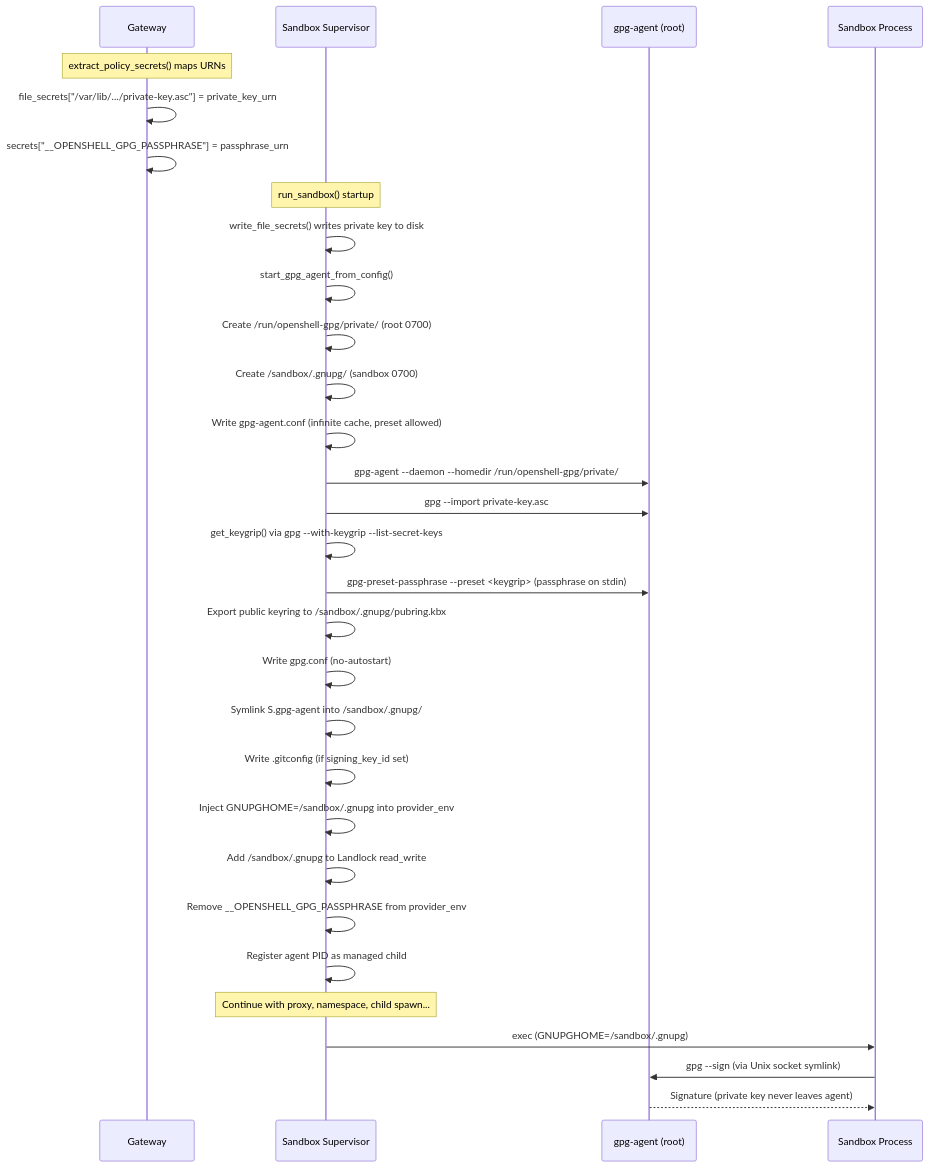
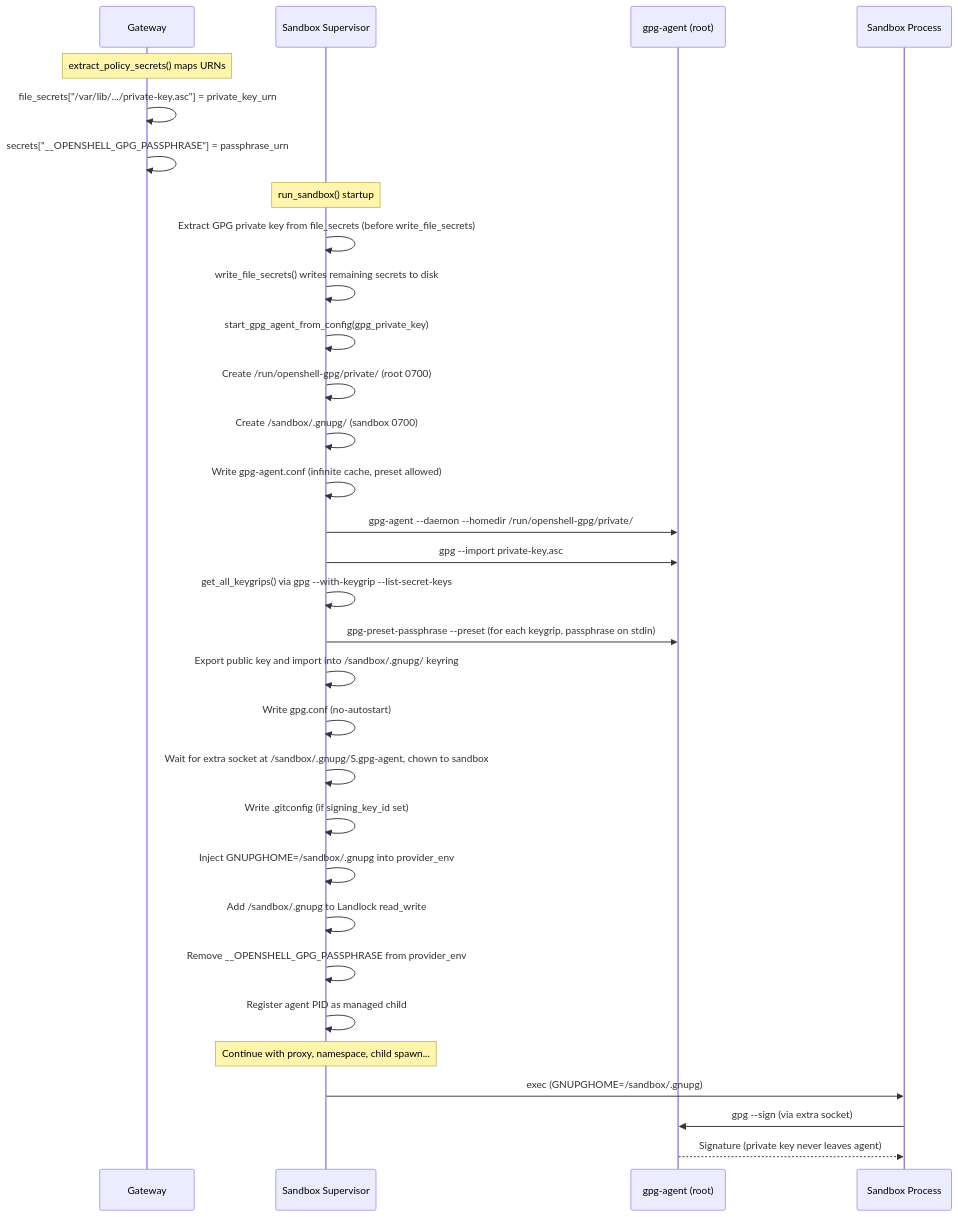
One commit to kamil-keycard/OpenShell changed diagram 12 of 14 in architecture/sandbox.md. Above: the diagram before and after it, drawn with Mermaid. The commit also changed other lines of this file, not shown here.

First line of the commit message:
docs(architecture): update sandbox docs for gpg-agent bug fixes

````diff
--- a/architecture/sandbox.md
+++ b/architecture/sandbox.md
@@ -1557,34 +1558,35 @@
 ```mermaid
 sequenceDiagram
     participant GW as Gateway
     participant SB as Sandbox Supervisor
     participant GA as gpg-agent (root)
     participant Child as Sandbox Process
 
     Note over GW: extract_policy_secrets() maps URNs
     GW->>GW: file_secrets["/var/lib/.../private-key.asc"] = private_key_urn
     GW->>GW: secrets["__OPENSHELL_GPG_PASSPHRASE"] = passphrase_urn
 
     Note over SB: run_sandbox() startup
-    SB->>SB: write_file_secrets() writes private key to disk
-    SB->>SB: start_gpg_agent_from_config()
+    SB->>SB: Extract GPG private key from file_secrets (before write_file_secrets)
+    SB->>SB: write_file_secrets() writes remaining secrets to disk
+    SB->>SB: start_gpg_agent_from_config(gpg_private_key)
     SB->>SB: Create /run/openshell-gpg/private/ (root 0700)
     SB->>SB: Create /sandbox/.gnupg/ (sandbox 0700)
     SB->>SB: Write gpg-agent.conf (infinite cache, preset allowed)
     SB->>GA: gpg-agent --daemon --homedir /run/openshell-gpg/private/
     SB->>GA: gpg --import private-key.asc
-    SB->>SB: get_keygrip() via gpg --with-keygrip --list-secret-keys
-    SB->>GA: gpg-preset-passphrase --preset <keygrip> (passphrase on stdin)
-    SB->>SB: Export public keyring to /sandbox/.gnupg/pubring.kbx
+    SB->>SB: get_all_keygrips() via gpg --with-keygrip --list-secret-keys
+    SB->>GA: gpg-preset-passphrase --preset (for each keygrip, passphrase on stdin)
+    SB->>SB: Export public key and import into /sandbox/.gnupg/ keyring
     SB->>SB: Write gpg.conf (no-autostart)
-    SB->>SB: Symlink S.gpg-agent into /sandbox/.gnupg/
+    SB->>SB: Wait for extra socket at /sandbox/.gnupg/S.gpg-agent, chown to sandbox
     SB->>SB: Write .gitconfig (if signing_key_id set)
     SB->>SB: Inject GNUPGHOME=/sandbox/.gnupg into provider_env
     SB->>SB: Add /sandbox/.gnupg to Landlock read_write
     SB->>SB: Remove __OPENSHELL_GPG_PASSPHRASE from provider_env
     SB->>SB: Register agent PID as managed child
     Note over SB: Continue with proxy, namespace, child spawn...
     SB->>Child: exec (GNUPGHOME=/sandbox/.gnupg)
-    Child->>GA: gpg --sign (via Unix socket symlink)
+    Child->>GA: gpg --sign (via extra socket)
     GA-->>Child: Signature (private key never leaves agent)
 ```
````
